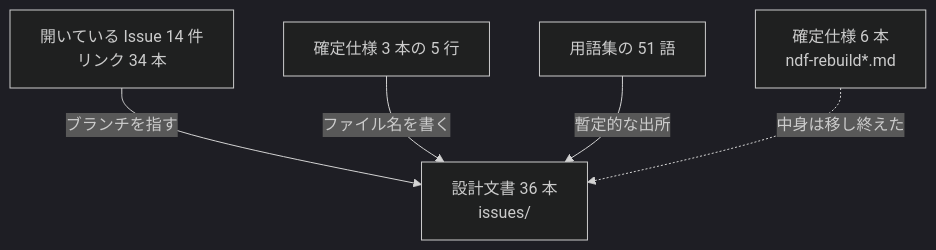
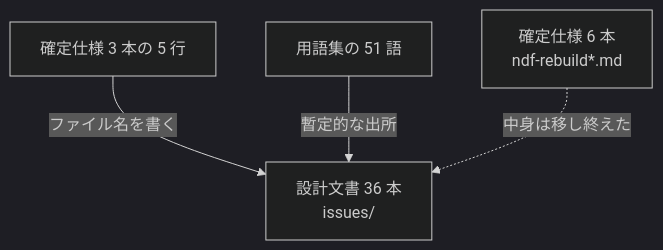
Before and after one commit to devbasex/ai-plugins: the first of 2 diagrams in issues/issue-3990-design.md, drawn with Mermaid (dark theme). The commit also changed other lines of this file and 1 other file, not shown here.

First line of the commit message:
Docs: #3990 の範囲を設計文書 36 本の削除に絞り、Issue のリンクの書き換えを設計と要求仕様から外す（承認の選択 (2)）（#3990）

````diff
--- a/issues/issue-3990-design.md
+++ b/issues/issue-3990-design.md
@@ -28,8 +11,7 @@
 ```mermaid
 graph TD
     D[設計文書 36 本<br/>issues/]
-    I[開いている Issue 14 件<br/>リンク 34 本] -->|ブランチを指す| D
     S[確定仕様 3 本の 5 行] -->|ファイル名を書く| D
     G[用語集の 51 語] -->|暫定的な出所| D
     R[確定仕様 6 本<br/>ndf-rebuild*.md] -.->|中身は移し終えた| D
 ```
````
